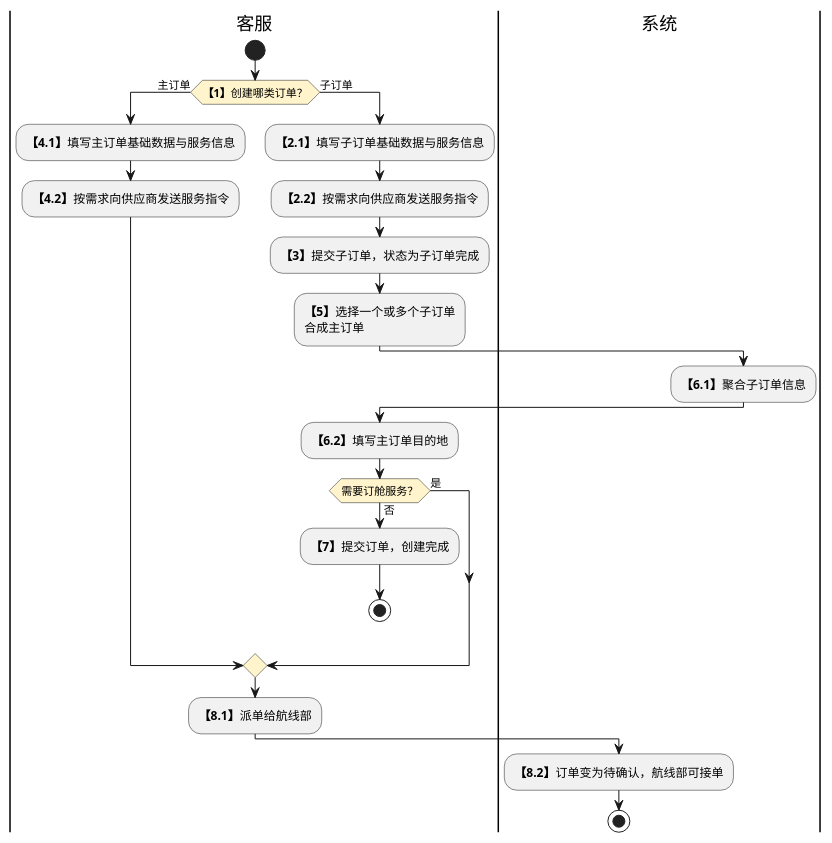
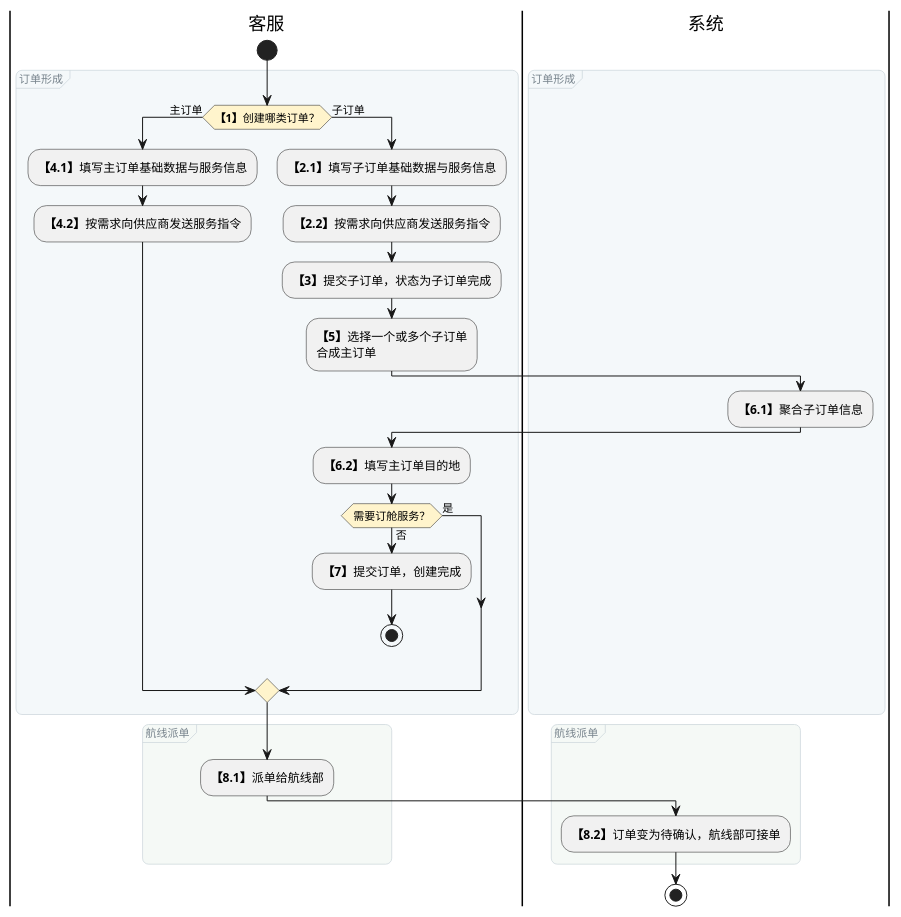
The first of 9 diagrams in product-caliber/goldjet/segmented-prd/PRD.高捷物流系统一期.第009篇.空运-订单创建.5029269CA8.md (jack888332/projects-doc), drawn with PlantUML before and after one commit. The commit also changed 16 other files, not shown here.

Commit message:
给DSL图分组

````diff
--- a/product-caliber/goldjet/segmented-prd/PRD.高捷物流系统一期.第009篇.空运-订单创建.5029269CA8.md
+++ b/product-caliber/goldjet/segmented-prd/PRD.高捷物流系统一期.第009篇.空运-订单创建.5029269CA8.md
@@ -69,32 +69,48 @@
 ```plantuml
 @startuml goldjet-009-order-booking-handoff
 skinparam activityDiamondBackgroundColor #FFF4CC
+<style>
+activityDiagram {
+  group {
+    LineColor #CAD5DA
+    LineThickness 0.7
+    RoundCorner 12
+    FontColor #78848D
+    FontSize 11
+    FontStyle plain
+  }
+}
+</style>
 |客服|
 start
+group 订单形成 #F4F8FA {
 if (**【1】**创建哪类订单？) then (主订单)
   |客服|
   :**【4.1】**填写主订单基础数据与服务信息;
   :**【4.2】**按需求向供应商发送服务指令;
 else (子订单)
   |客服|
   :**【2.1】**填写子订单基础数据与服务信息;
   :**【2.2】**按需求向供应商发送服务指令;
   :**【3】**提交子订单，状态为子订单完成;
   :**【5】**选择一个或多个子订单\n合成主订单;
   |系统|
   :**【6.1】**聚合子订单信息;
   |客服|
   :**【6.2】**填写主订单目的地;
   if (需要订舱服务？) then (否)
     :**【7】**提交订单，创建完成;
     stop
   else (是)
   endif
 endif
+}
+group 航线派单 #F5F9F6 {
 |客服|
 :**【8.1】**派单给航线部;
 |系统|
 :**【8.2】**订单变为待确认，航线部可接单;
+}
 stop
 @enduml
 ```
````
